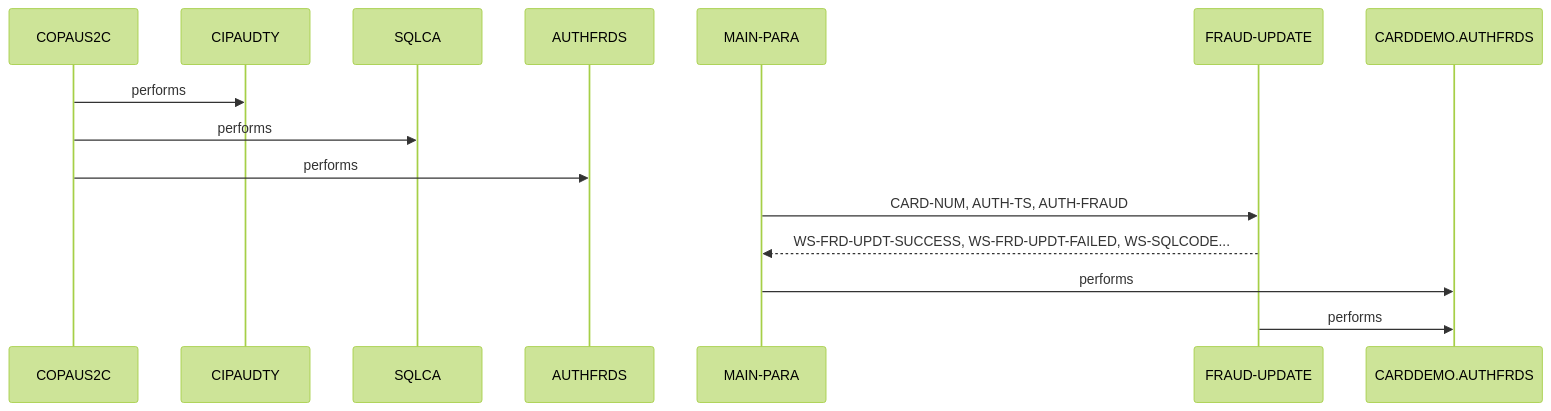
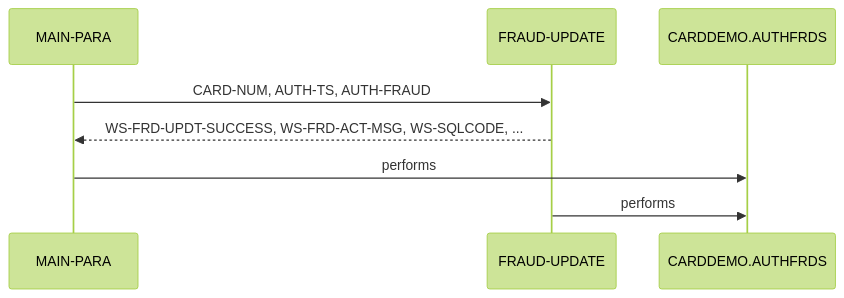
The second of 2 diagrams in example_output/documentation/cbl/COPAUS2C.cbl.md (andrasfe/war_rig), drawn with Mermaid (forest theme) before and after one commit. The commit also changed other lines of this file and 171 other files, not shown here.

````diff
--- a/example_output/documentation/cbl/COPAUS2C.cbl.md
+++ b/example_output/documentation/cbl/COPAUS2C.cbl.md
@@ -148,10 +59,7 @@
 ```mermaid
 sequenceDiagram
-    COPAUS2C->>CIPAUDTY: performs
-    COPAUS2C->>SQLCA: performs
-    COPAUS2C->>AUTHFRDS: performs
     MAIN-PARA->>FRAUD-UPDATE: CARD-NUM, AUTH-TS, AUTH-FRAUD
-    FRAUD-UPDATE-->>MAIN-PARA: WS-FRD-UPDT-SUCCESS, WS-FRD-UPDT-FAILED, WS-SQLCODE...
+    FRAUD-UPDATE-->>MAIN-PARA: WS-FRD-UPDT-SUCCESS, WS-FRD-ACT-MSG, WS-SQLCODE, ...
     MAIN-PARA->>CARDDEMO.AUTHFRDS: performs
     FRAUD-UPDATE->>CARDDEMO.AUTHFRDS: performs
 ```
````
